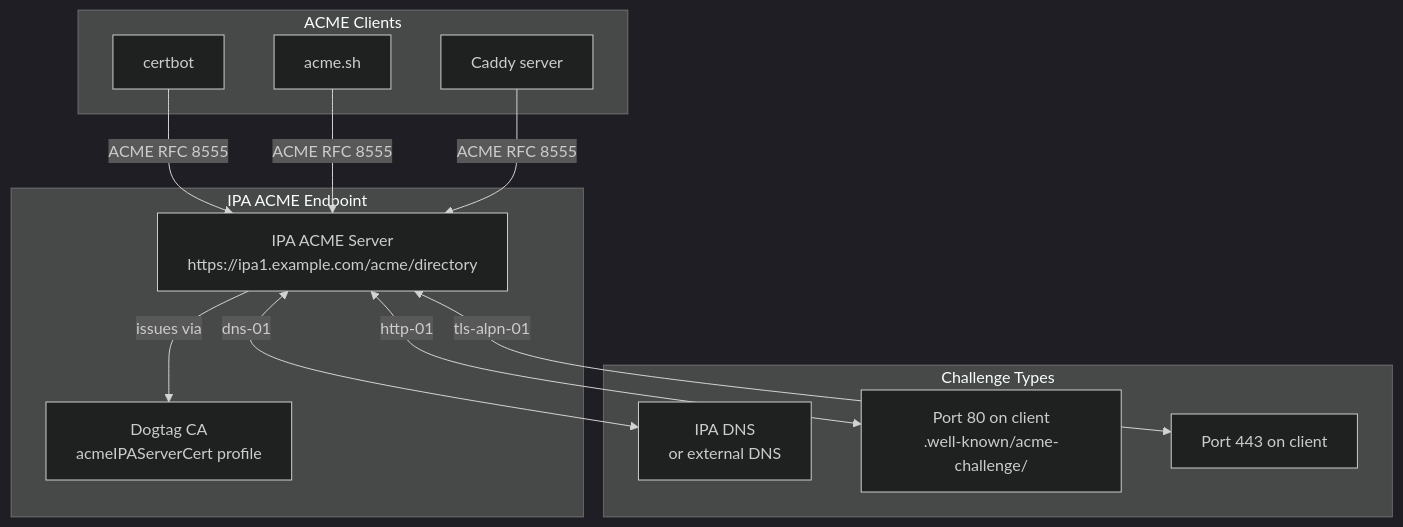
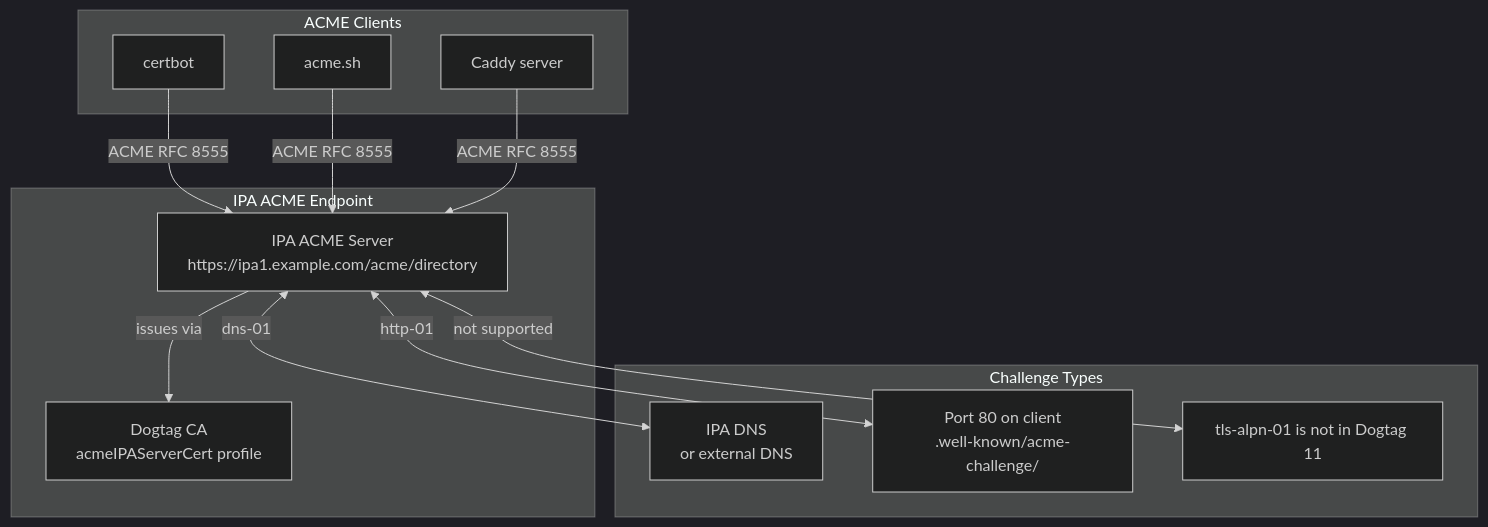
One commit to UncleJS/course_FreeIPA changed the second of 8 diagrams in 10_certificate_management_advanced.md. Above: the diagram before and after it, drawn with Mermaid (dark theme). The commit also changed other lines of this file and 24 other files, not shown here.

````diff
--- a/10_certificate_management_advanced.md
+++ b/10_certificate_management_advanced.md
@@ -270,17 +270,17 @@
 ```mermaid
 graph TD
     subgraph "IPA ACME Endpoint"
         ACME["IPA ACME Server<br/>https://ipa1.example.com/acme/directory"]
         ACME -->|issues via| CA["Dogtag CA<br/>acmeIPAServerCert profile"]
     end
     subgraph "ACME Clients"
         CB[certbot] -->|ACME RFC 8555| ACME
         AS[acme.sh] -->|ACME RFC 8555| ACME
         CD[Caddy server] -->|ACME RFC 8555| ACME
     end
     subgraph "Challenge Types"
         ACME <-->|dns-01| DNS["IPA DNS<br/>or external DNS"]
         ACME <-->|http-01| HTTP["Port 80 on client<br/>.well-known/acme-challenge/"]
-        ACME <-->|tls-alpn-01| TLS[Port 443 on client]
+        ACME <-->|not supported| ALPN["tls-alpn-01 is not in Dogtag 11"]
     end
 ```
````
